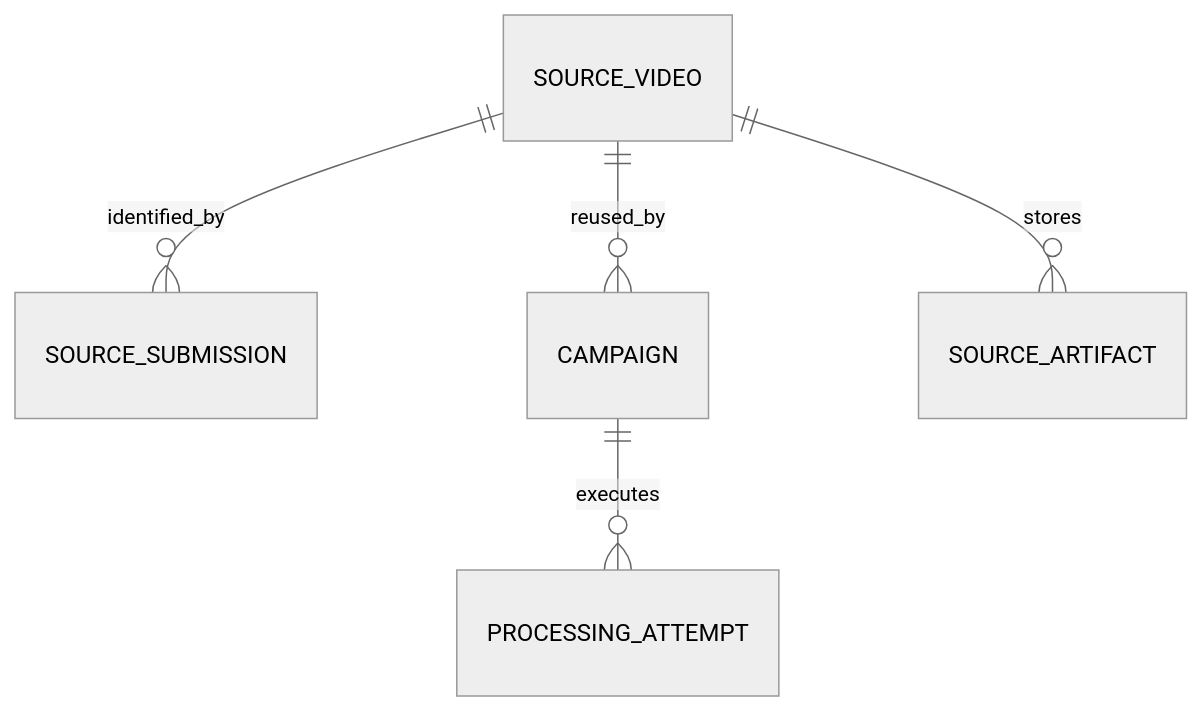
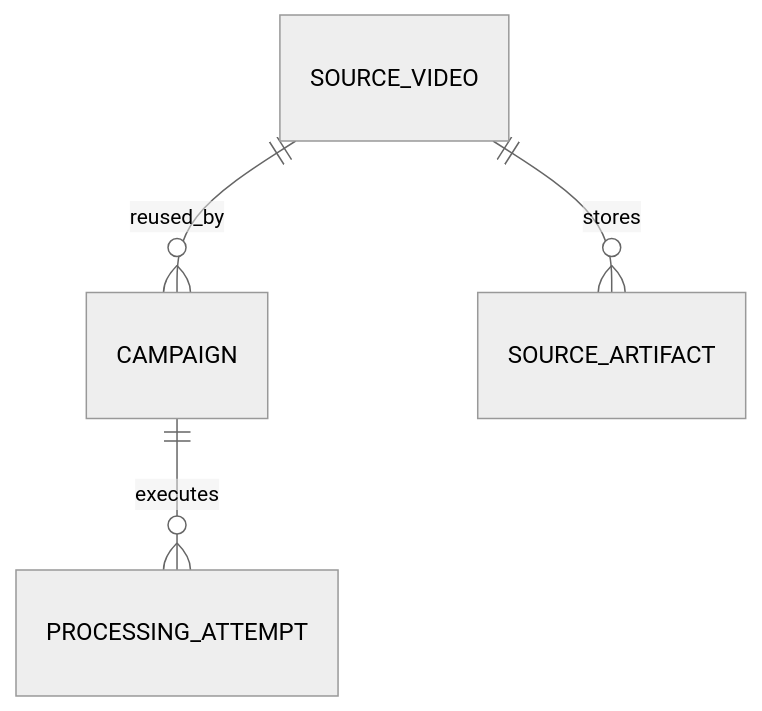
The third of 3 diagrams in features/source_ingest_validation/spec.md (quyen244/free-scheduler), drawn with Mermaid (neutral theme) before and after one commit. The commit also changed other lines of this file and 21 other files, not shown here.

````diff
--- a/features/source_ingest_validation/spec.md
+++ b/features/source_ingest_validation/spec.md
@@ -52,7 +52,6 @@
 ```mermaid
 erDiagram
-    SOURCE_VIDEO ||--o{ SOURCE_SUBMISSION : identified_by
     SOURCE_VIDEO ||--o{ CAMPAIGN : reused_by
     CAMPAIGN ||--o{ PROCESSING_ATTEMPT : executes
     SOURCE_VIDEO ||--o{ SOURCE_ARTIFACT : stores
 ```
````
